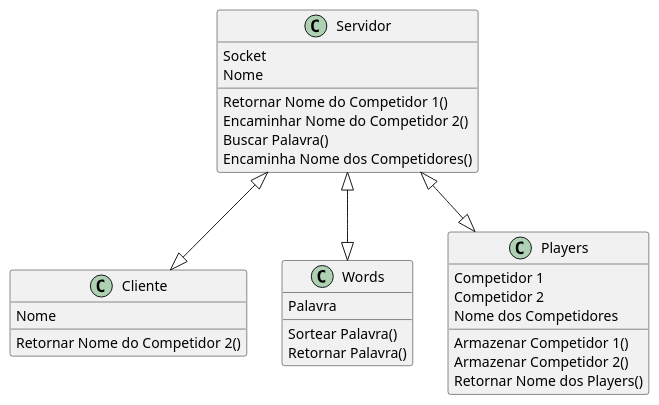
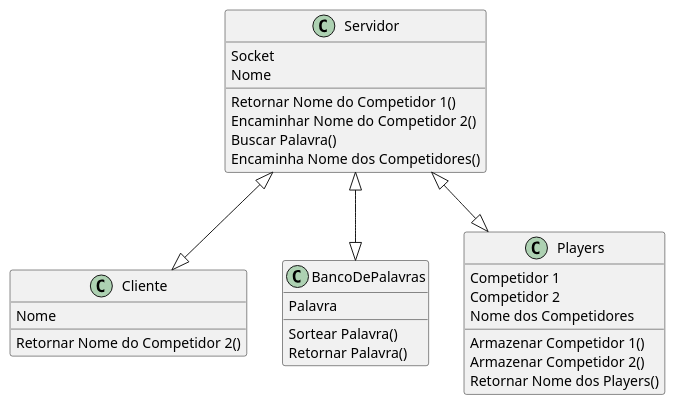
Before and after one commit to denyssouza/Perguntas-e-Respostas: the diagram in Diagrama de Classe.puml, drawn with PlantUML. The commit also changed 6 other files, not shown here.

```diff
--- a/Diagrama de Classe.puml
+++ b/Diagrama de Classe.puml
@@ -1,36 +1,36 @@
 @startuml
 
 Servidor <|--|> Cliente
-Servidor <|--|> Words
+Servidor <|--|> BancoDePalavras
 Servidor <|--|> Players
 
 class Servidor{
 Socket
 Nome
 Retornar Nome do Competidor 1()
 Encaminhar Nome do Competidor 2()
 Buscar Palavra()
 Encaminha Nome dos Competidores()
 }
 
 class Cliente{
 Nome
 Retornar Nome do Competidor 2()
 }
 
-class Words{
+class BancoDePalavras{
 Palavra
 Sortear Palavra()
 Retornar Palavra()
 }
 
 class Players {
 Competidor 1
 Competidor 2
 Nome dos Competidores
 Armazenar Competidor 1()
 Armazenar Competidor 2()
 Retornar Nome dos Players()
 
 }
 @enduml
```
